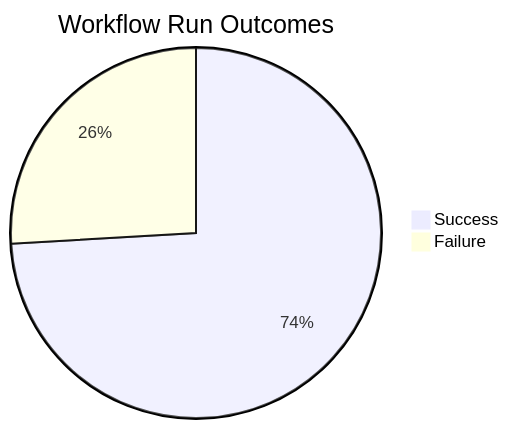
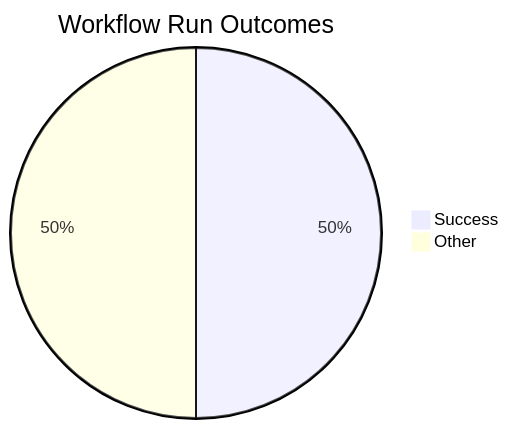
The first of 4 diagrams in docs/ci-cd/dora-summary.md (ukma-cs-ssdm-2025/rate-ukma), drawn with Mermaid before and after one commit. The commit also changed other lines of this file, not shown here.

````diff
--- a/docs/ci-cd/dora-summary.md
+++ b/docs/ci-cd/dora-summary.md
@@ -22,5 +22,5 @@
 ```mermaid
 pie title Workflow Run Outcomes
-    "Success" : 20
-    "Failure" : 7
+    "Success" : 2
+    "Other" : 2
 ```
````
